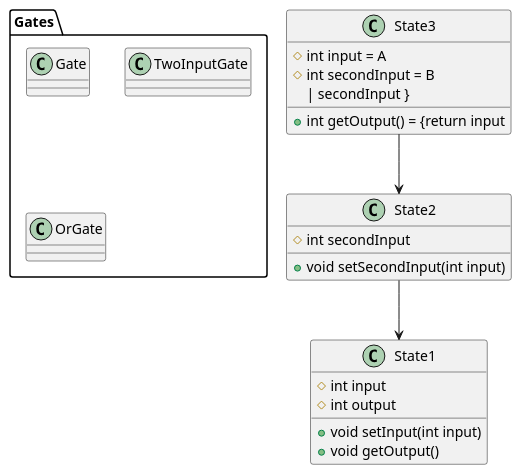
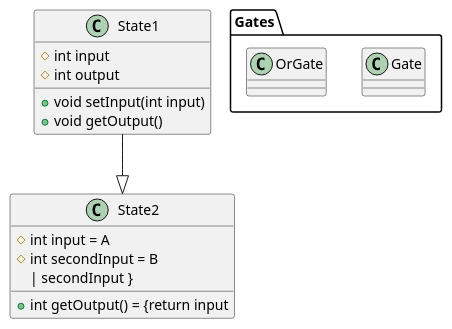
Before and after one commit to sevenseasofbri/tp: the diagram in docs/diagrams/OrGateClassDiagram.puml, drawn with PlantUML. The commit also changed 11 other files, not shown here.

Commit message:
Changes to object, class, and sequence diagrams

```diff
--- a/docs/diagrams/OrGateClassDiagram.puml
+++ b/docs/diagrams/OrGateClassDiagram.puml
@@ -1,32 +1,23 @@
 @startuml
-
 package Gates {
     class "Gate" as State1
-    class "TwoInputGate" as State2
     class "OrGate" as State3
 }
 
 class State1 {
     # int input
     # int output
     + void setInput(int input)
     + void getOutput()
 }
 
 class State2 {
-    # int secondInput
-    + void setSecondInput(int input)
-}
-
-class State3 {
     # int input = A
     # int secondInput = B
     + int getOutput() = {return input
 | secondInput }
 
 }
 
-State3 --> State2
-State2 --> State1
-
+State1 --|> State2
 @enduml
```
